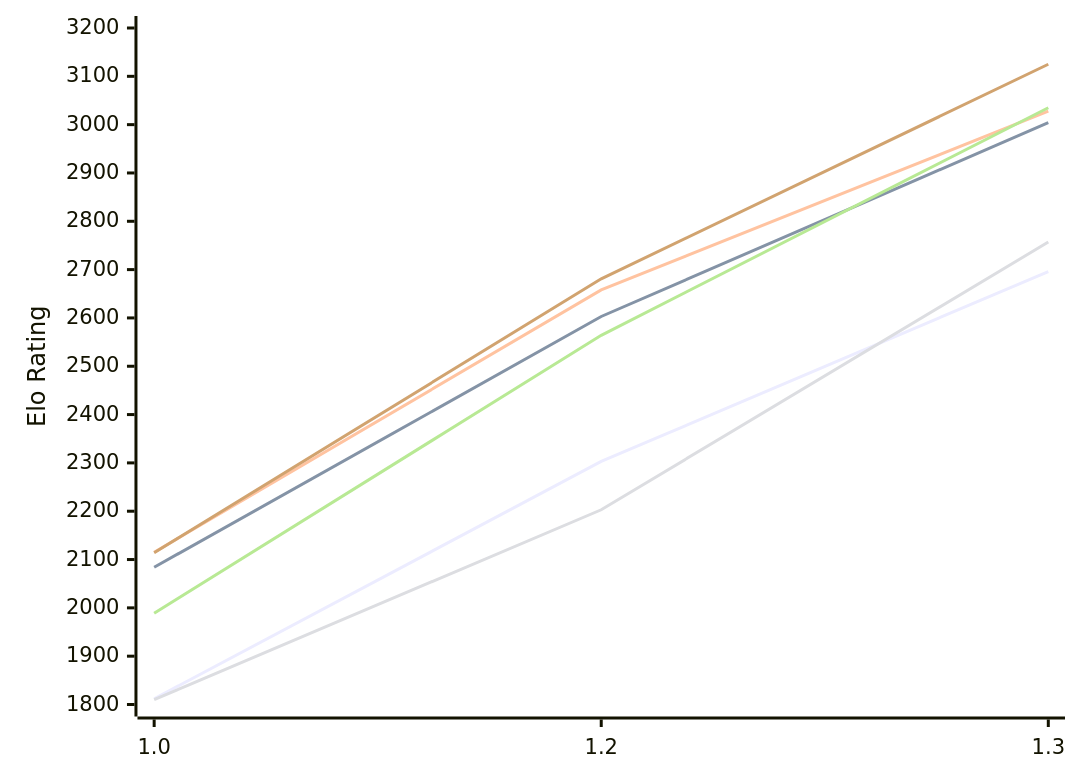
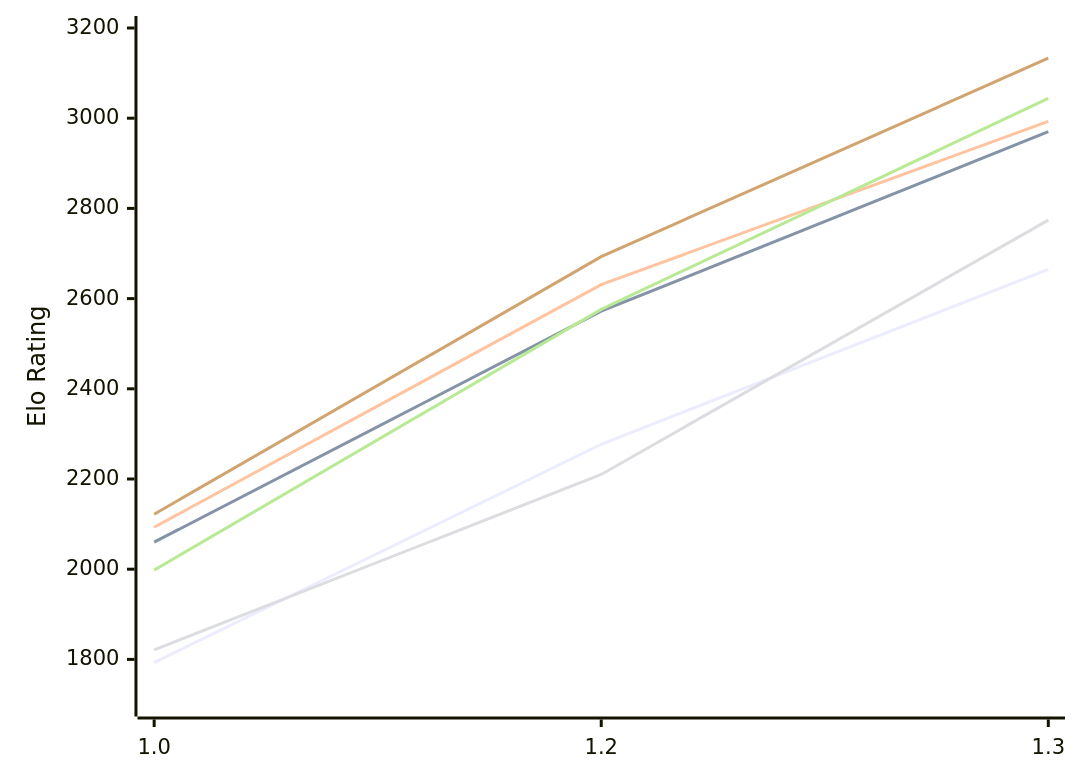
The first of 2 diagrams in engines/Echekinator.md (computer-chess-index/cci), drawn with Mermaid before and after one commit. The commit also changed other lines of this file, not shown here.

Commit message:
Update CCI Ratings (ELO VLTC) - 2026-11-12

````diff
--- a/engines/Echekinator.md
+++ b/engines/Echekinator.md
@@ -52,12 +52,12 @@
 ```mermaid
 %%{init: {"theme":"base","themeVariables":{"seriesColors:['#a3a3a3','#222221','#faa371']}}}%%
 xychart-beta
   x-axis ["1.0", "1.2", "1.3"]
-  y-axis "Elo Rating" 1800 --> 3200
-  line "E1: STC (8.0+0.08s)" [1812, 2303, 2696]
-  line "E1: LTC (60.0+0.60s)" [2084, 2603, 3004]
-  line "E1: VLTC (2m24s+1.12s)" [2115, 2658, 3028]
-  line "P1: STC (8.0+0.08s)" [1810, 2203, 2757]
-  line "P1: LTC (60.0+0.60s)" [1989, 2564, 3035]
-  line "P1: VLTC (2m24s+1.12s)" [2114, 2681, 3125]
+  y-axis "Elo Rating" 1700 --> 3200
+  line "E1: STC (8.0+0.08s)" [1793, 2277, 2665]
+  line "E1: LTC (60.0+0.60s)" [2060, 2572, 2970]
+  line "E1: VLTC (2m24s+1.12s)" [2093, 2631, 2993]
+  line "P1: STC (8.0+0.08s)" [1821, 2210, 2774]
+  line "P1: LTC (60.0+0.60s)" [1998, 2576, 3044]
+  line "P1: VLTC (2m24s+1.12s)" [2122, 2693, 3133]
 ```
````
